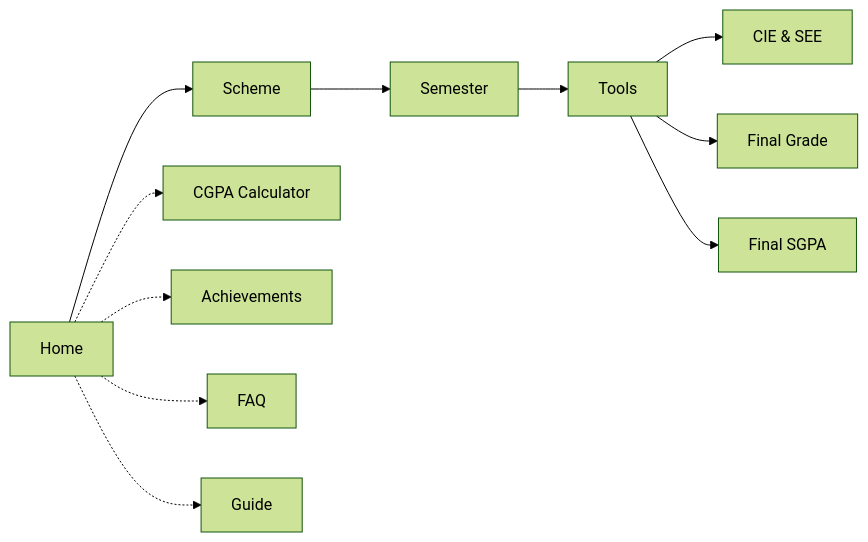
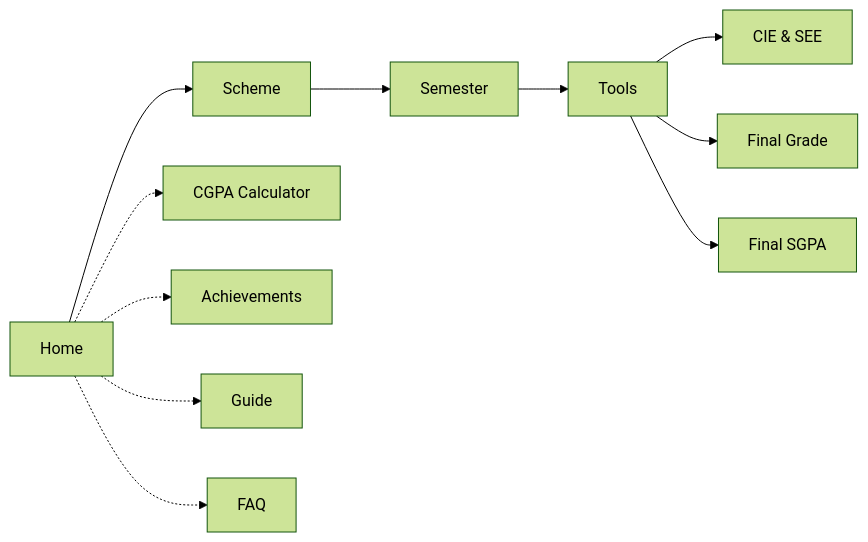
The first of 2 diagrams in README.md (Rajlohith/rvce-mca-grade-calculator), drawn with Mermaid (forest theme) before and after one commit. The commit also changed other lines of this file, not shown here.

Commit message:
Fix section titles in README: update "The Five Calculators" to "The Four Calculators" and adjust related content also mermaid diagrams

````diff
--- a/README.md
+++ b/README.md
@@ -113,13 +113,13 @@
 ```mermaid
 flowchart LR
     Home --> Scheme --> Semester --> Tools
 
     Tools --> CieSee["CIE & SEE"]
     Tools --> FinalGrade["Final Grade"]
     Tools --> FinalGpa["Final SGPA"]
 
     Home -.-> Cgpa["CGPA Calculator"]
     Home -.-> Achievements["Achievements"]
+    Home -.-> Guide["Guide"]
     Home -.-> Faq["FAQ"]
-    Home -.-> Guide["Guide"]
 ```
````
